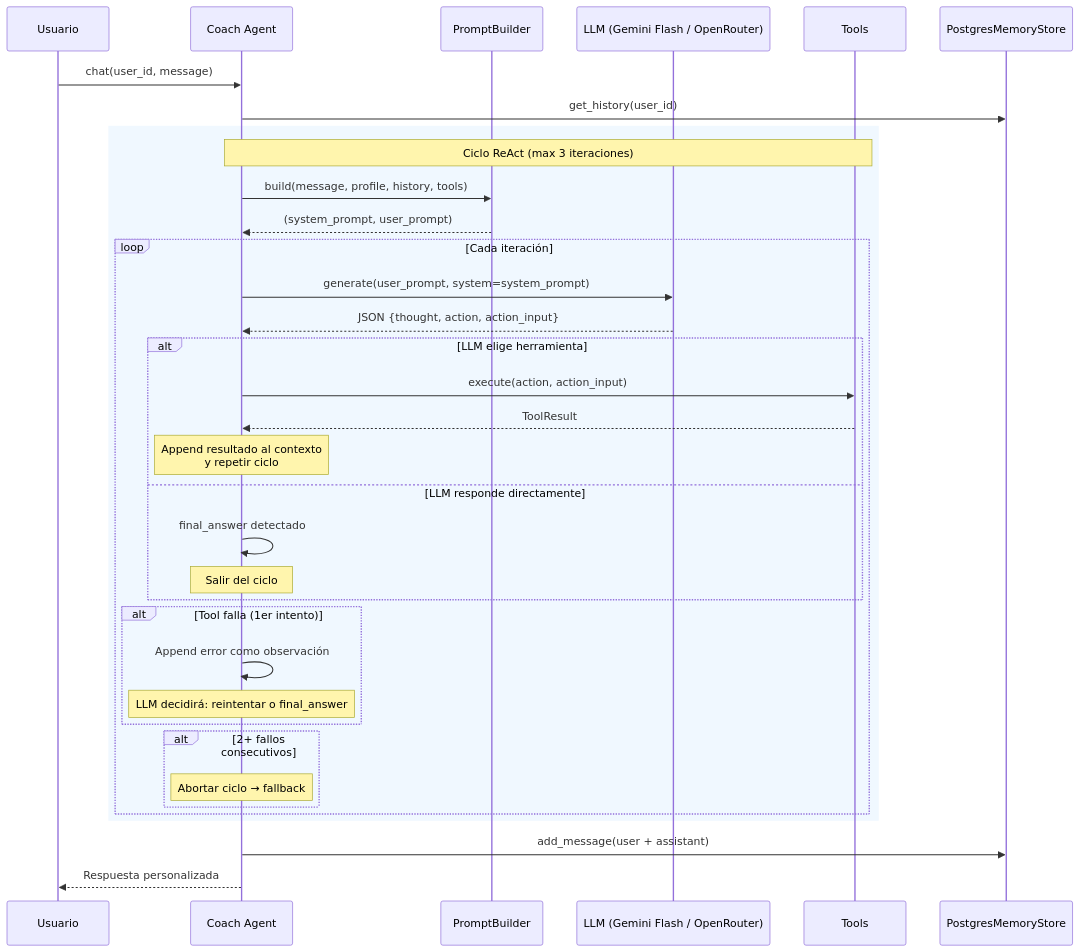
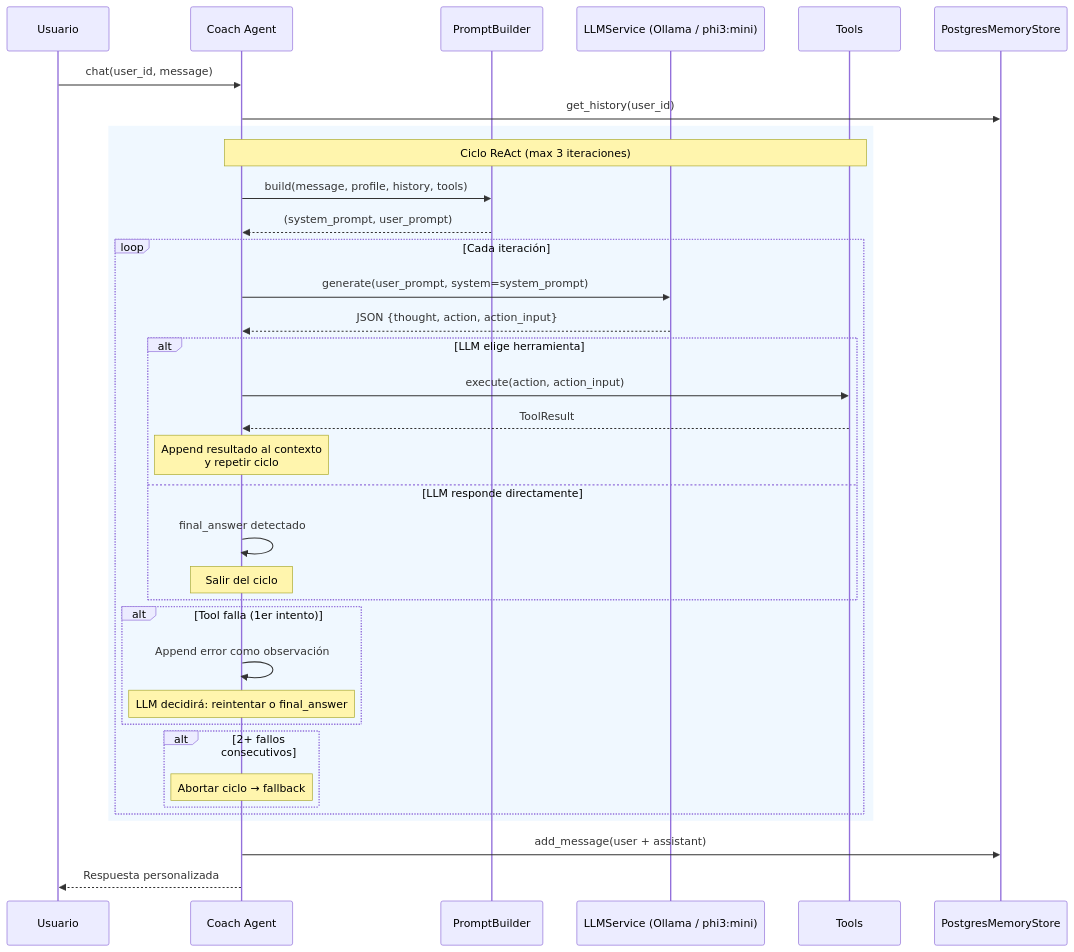
One commit to danielsanchez040601-byte/SeniorVital---Backend-API changed the diagram in docs/agents/wellness-agent.md. Above: the diagram before and after it, drawn with Mermaid. The commit also changed other lines of this file and 15 other files, not shown here.

````diff
--- a/docs/agents/wellness-agent.md
+++ b/docs/agents/wellness-agent.md
@@ -114,45 +114,45 @@
 ```mermaid
 sequenceDiagram
     participant U as Usuario
     participant C as Coach Agent
     participant PB as PromptBuilder
-    participant L as LLM (Gemini Flash / OpenRouter)
+    participant L as LLMService (Ollama / phi3:mini)
     participant T as Tools
     participant M as PostgresMemoryStore
 
     U->>C: chat(user_id, message)
     C->>M: get_history(user_id)
 
     rect rgb(240, 248, 255)
     Note over C,T: Ciclo ReAct (max 3 iteraciones)
     C->>PB: build(message, profile, history, tools)
     PB-->>C: (system_prompt, user_prompt)
 
     loop Cada iteración
         C->>L: generate(user_prompt, system=system_prompt)
         L-->>C: JSON {thought, action, action_input}
 
         alt LLM elige herramienta
             C->>T: execute(action, action_input)
             T-->>C: ToolResult
             Note over C: Append resultado al contexto<br/>y repetir ciclo
 
         else LLM responde directamente
             C->>C: final_answer detectado
             Note over C: Salir del ciclo
         end
 
         alt Tool falla (1er intento)
             C->>C: Append error como observación
             Note over C: LLM decidirá: reintentar o final_answer
         end
 
         alt 2+ fallos consecutivos
             Note over C: Abortar ciclo → fallback
         end
     end
     end
 
     C->>M: add_message(user + assistant)
     C-->>U: Respuesta personalizada
 ```
````
